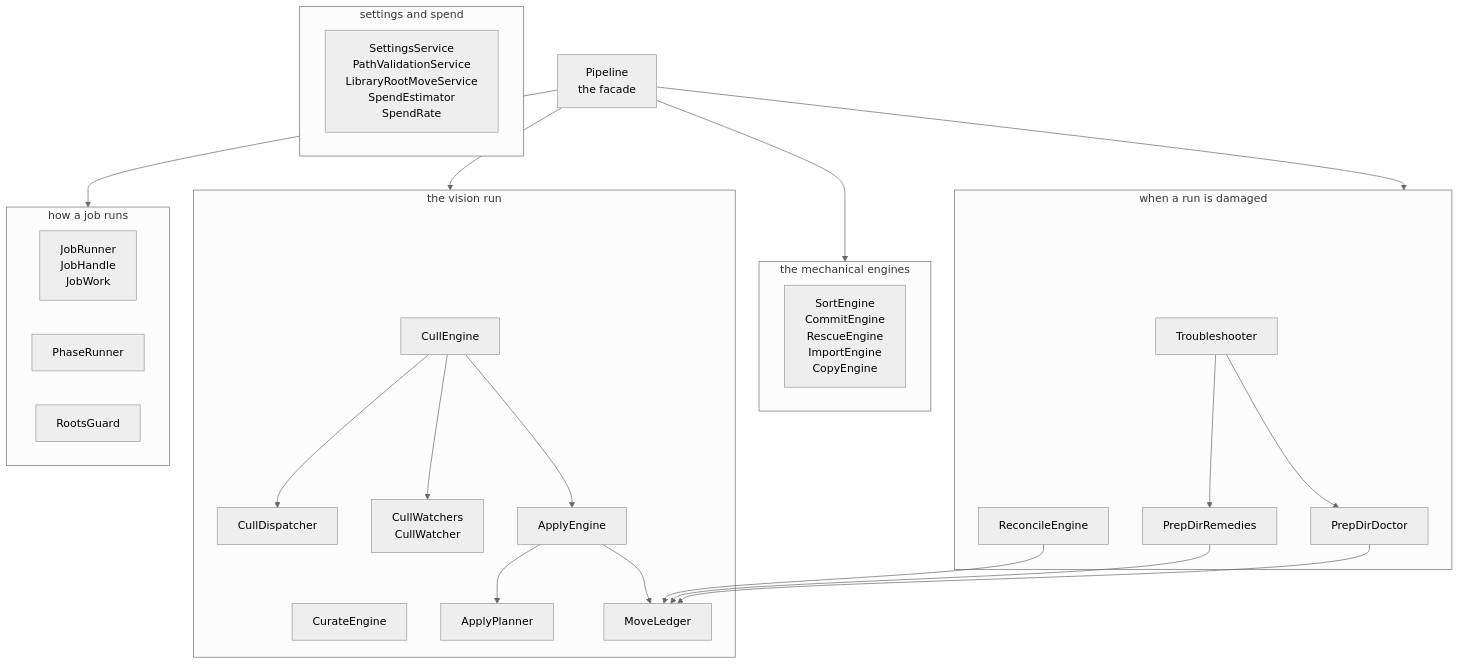
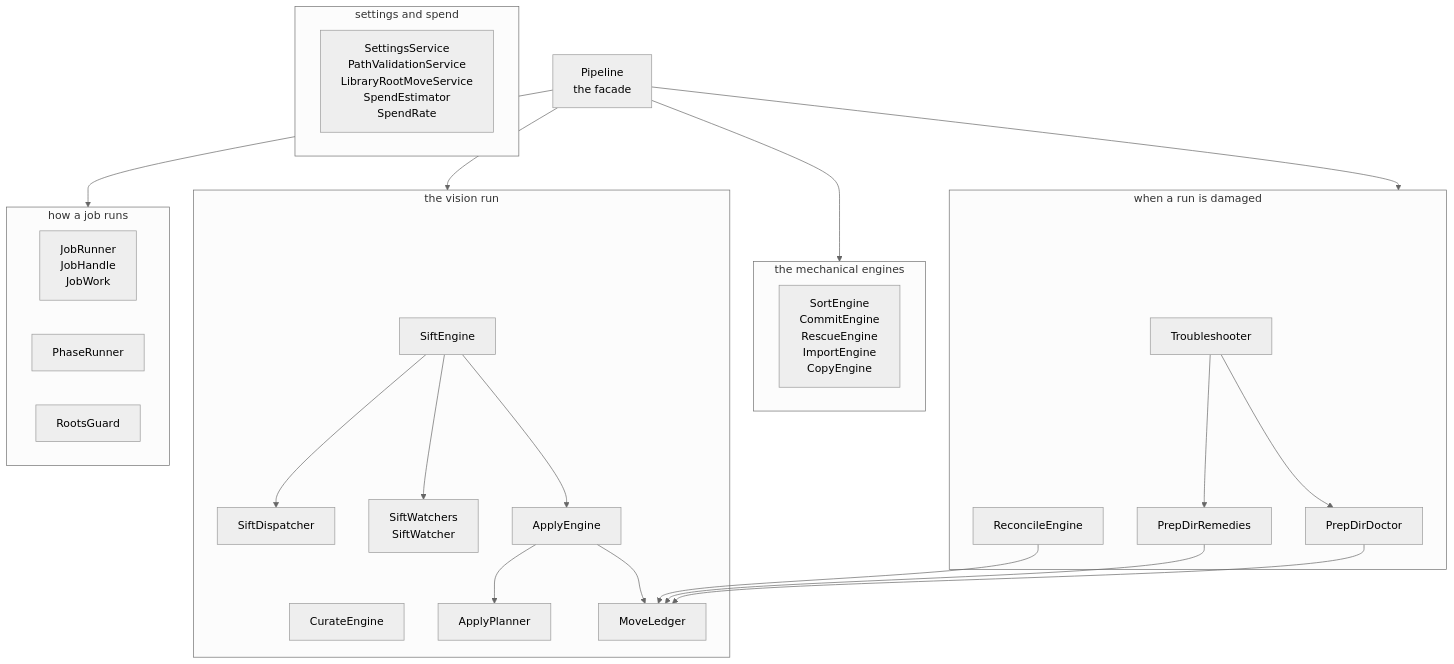
The fourth of 14 diagrams in app/docs/design/architecture.md (AdrianNachev91/sluice), drawn with Mermaid (neutral theme) before and after one commit. The commit also changed other lines of this file and 379 other files, not shown here.

First line of the commit message:
refactor(sift): cull becomes sift, and the vision port becomes a sieve

````diff
--- a/app/docs/design/architecture.md
+++ b/app/docs/design/architecture.md
@@ -149,50 +152,50 @@
 ```mermaid
 flowchart TB
     PIPE["Pipeline<br/>the facade"]
 
     subgraph engines[" the mechanical engines "]
         E["SortEngine<br/>CommitEngine<br/>RescueEngine<br/>ImportEngine<br/>CopyEngine"]
     end
 
     subgraph sift[" the vision run "]
-        CULLE["CullEngine"]
+        SIFTE["SiftEngine"]
         CURATEE["CurateEngine"]
-        DISPATCH["CullDispatcher"]
-        WATCH["CullWatchers<br/>CullWatcher"]
+        DISPATCH["SiftDispatcher"]
+        WATCH["SiftWatchers<br/>SiftWatcher"]
         APPLYE["ApplyEngine"]
         APPLYP["ApplyPlanner"]
         LEDGER["MoveLedger"]
     end
 
     subgraph recovery[" when a run is damaged "]
         DOCTOR["PrepDirDoctor"]
         REMEDIES["PrepDirRemedies"]
         RECONCILE["ReconcileEngine"]
         TROUBLE["Troubleshooter"]
     end
 
     subgraph plumbing[" how a job runs "]
         RUNNER["JobRunner<br/>JobHandle<br/>JobWork"]
         PHASE["PhaseRunner"]
         GUARD["RootsGuard"]
     end
 
     subgraph settings[" settings and spend "]
         S["SettingsService<br/>PathValidationService<br/>LibraryRootMoveService<br/>SpendEstimator<br/>SpendRate"]
     end
 
     PIPE --> engines
     PIPE --> sift
     PIPE --> recovery
     PIPE --> plumbing
-    CULLE --> DISPATCH
-    CULLE --> WATCH
-    CULLE --> APPLYE
+    SIFTE --> DISPATCH
+    SIFTE --> WATCH
+    SIFTE --> APPLYE
     APPLYE --> APPLYP
     APPLYE --> LEDGER
     RECONCILE --> LEDGER
     REMEDIES --> LEDGER
     DOCTOR --> LEDGER
     TROUBLE --> DOCTOR
     TROUBLE --> REMEDIES
 ```
````
